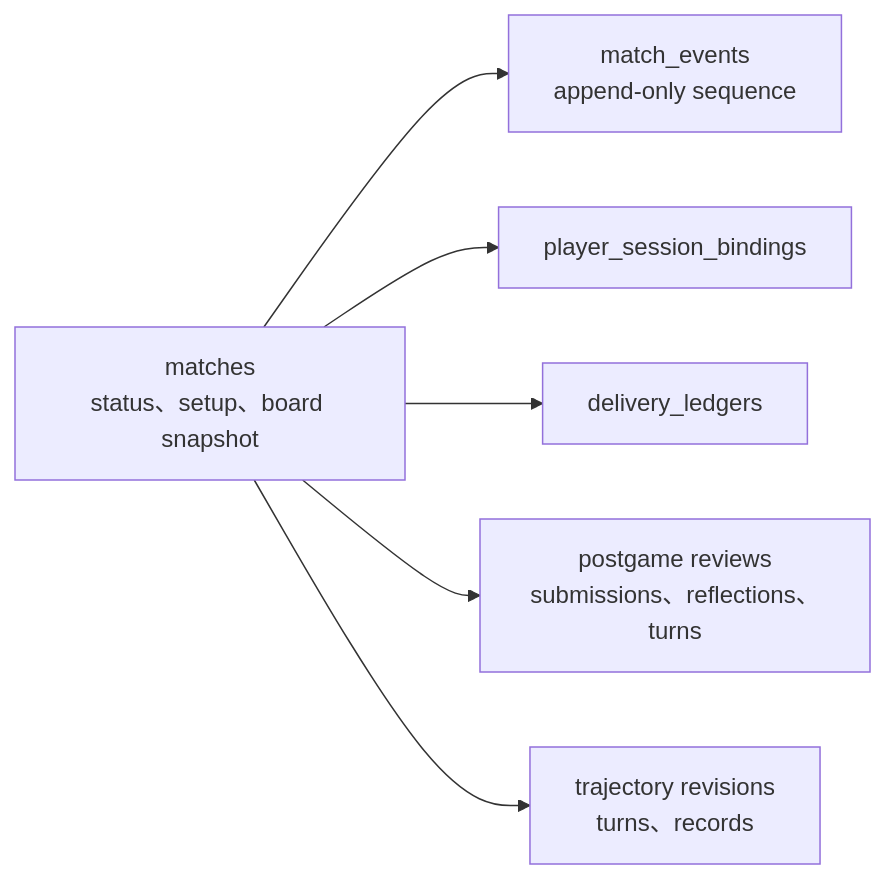
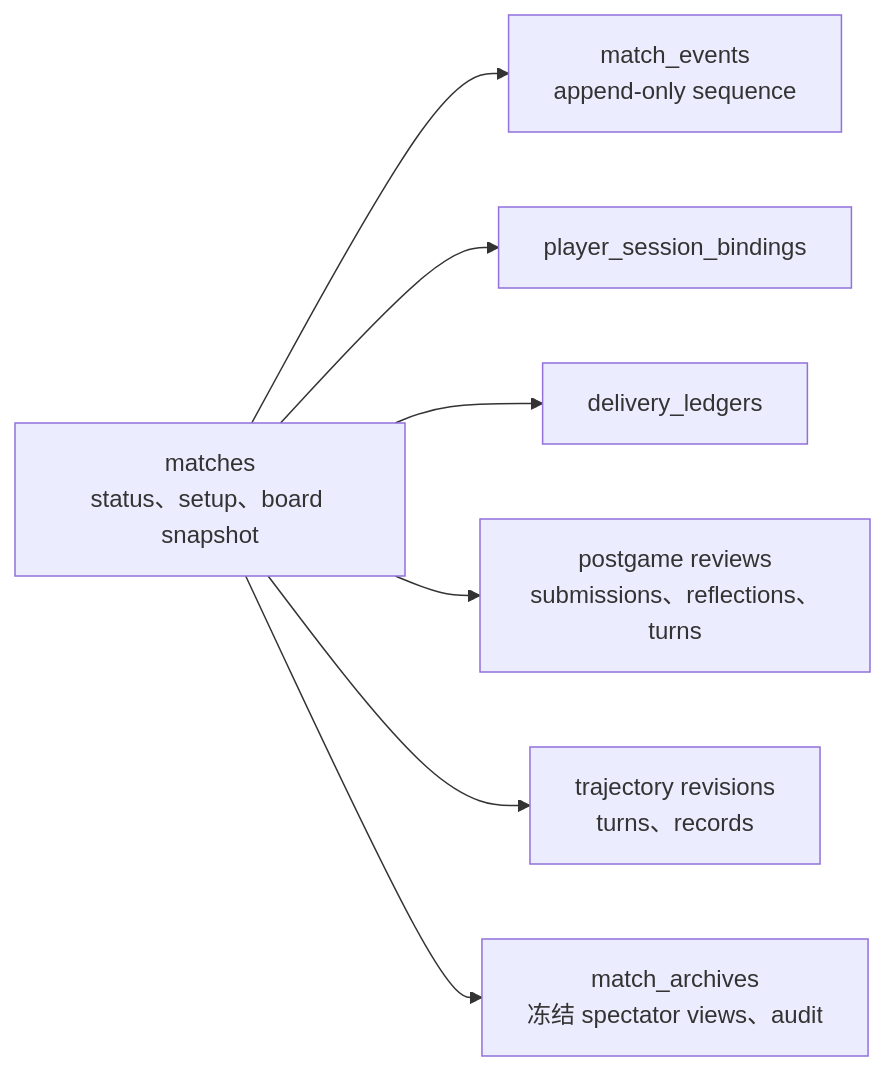
Before and after one commit to renewboy/agentwolf: the second of 4 diagrams in docs/architecture/match-lifecycle.md, drawn with Mermaid. The commit also changed other lines of this file and 15 other files, not shown here.

````diff
--- a/docs/architecture/match-lifecycle.md
+++ b/docs/architecture/match-lifecycle.md
@@ -99,15 +99,17 @@
 ```mermaid
 flowchart LR
     Match["matches<br/>status、setup、board snapshot"]
     Events["match_events<br/>append-only sequence"]
     Sessions["player_session_bindings"]
     Delivery["delivery_ledgers"]
     Postgame["postgame reviews<br/>submissions、reflections、turns"]
     Trajectory["trajectory revisions<br/>turns、records"]
+    Archive["match_archives<br/>冻结 spectator views、audit"]
 
     Match --> Events
     Match --> Sessions
     Match --> Delivery
     Match --> Postgame
     Match --> Trajectory
+    Match --> Archive
 ```
````
